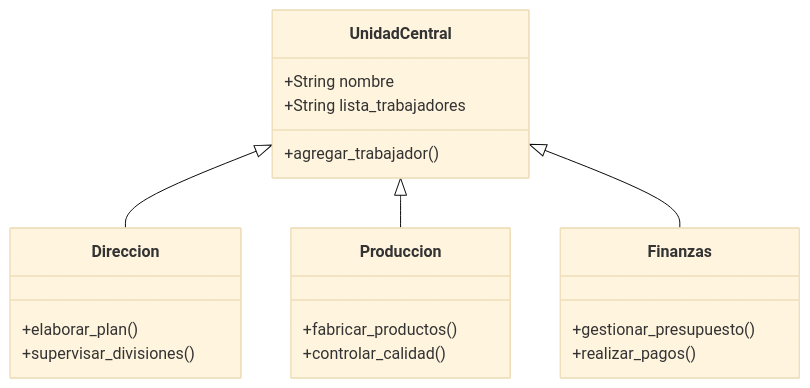
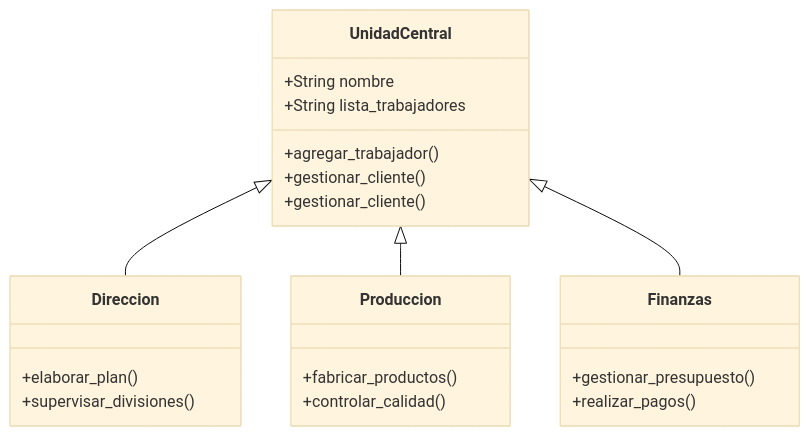
Before and after one commit to santgm56/Reto_2: the third of 5 diagrams in README.md, drawn with Mermaid (base theme). The commit also changed other lines of this file, not shown here.

````diff
--- a/README.md
+++ b/README.md
@@ -69,24 +106,26 @@
 ```mermaid
 classDiagram
     UnidadCentral <|-- Direccion
     UnidadCentral <|-- Produccion
     UnidadCentral <|-- Finanzas
 
     class UnidadCentral{
        +String nombre
        +String lista_trabajadores
        +agregar_trabajador()
+       +gestionar_cliente()
+       +gestionar_cliente()
     }
     class Direccion{
         +elaborar_plan()
         +supervisar_divisiones()
     }
     class Produccion{
         +fabricar_productos()
         +controlar_calidad()
     }
     class Finanzas{
         +gestionar_presupuesto()
         +realizar_pagos()
     }
 ```
````
